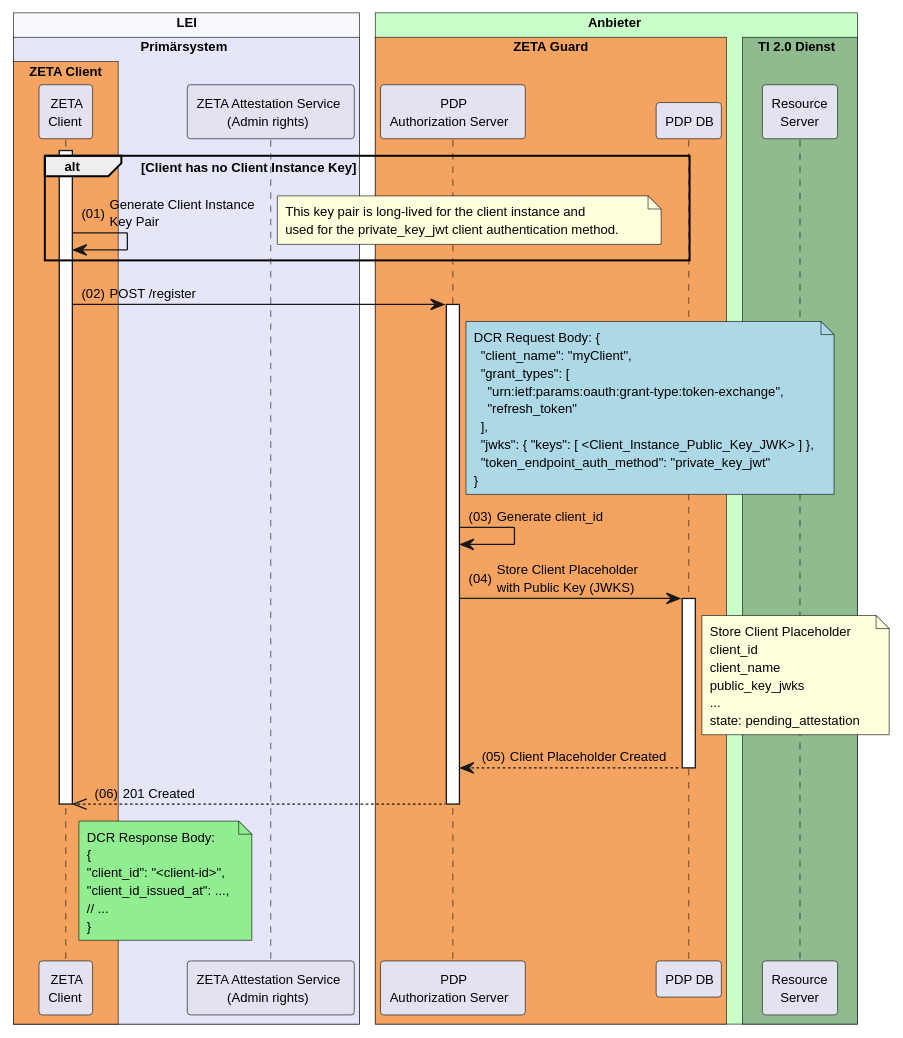
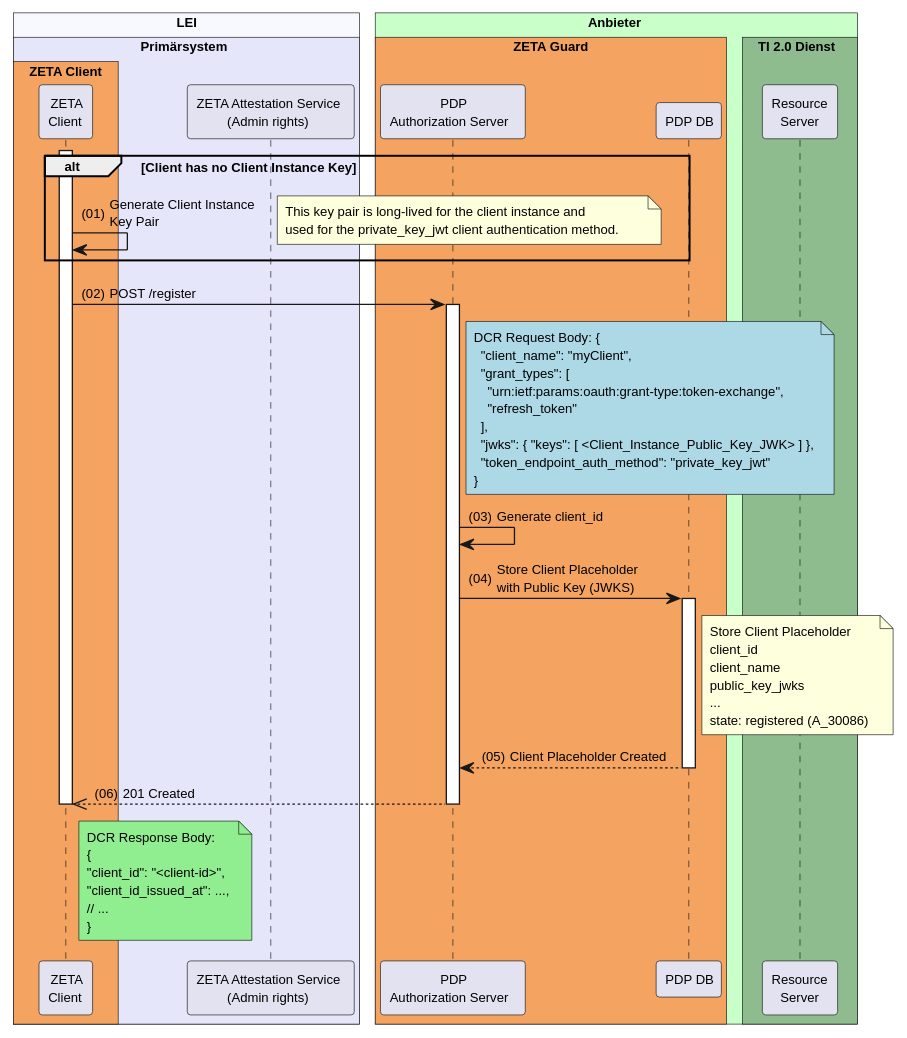
One commit to gematik/zeta changed the diagram in src/plantuml/tmp/tpm-attestation-and-token-exchange/dynamic-client-registration.puml. Above: the diagram before and after it, drawn with PlantUML. The commit also changed 12 other files, not shown here.

Commit message:
fix: Update registration status terminology and schema compliance across documentation and response formats

```diff
--- a/src/plantuml/tmp/tpm-attestation-and-token-exchange/dynamic-client-registration.puml
+++ b/src/plantuml/tmp/tpm-attestation-and-token-exchange/dynamic-client-registration.puml
@@ -1,73 +1,73 @@
 @startuml "dynamic-client-registration"
 autonumber "(00)"
 skinparam defaultFontSize 10
 skinparam defaultFontName Helvetica
 skinparam DefaultMonospacedFontName Courier
 skinparam lengthAdjust none
 skinparam sequenceReferenceBackgroundColor White
 skinparam SequenceReferenceFontSize 12
 /'skinparam SequenceReferenceFontStyle bold
 '/
 
 !pragma teoz true
 
 box "LEI" #GhostWhite
   box "Primärsystem" #Lavender
     box "ZETA Client" #SandyBrown
       participant Client as "ZETA\nClient"
     end box
     participant ZAS as "ZETA Attestation Service\n(Admin rights)"
   end box
 end box
 
 box "Anbieter" #TECHNOLOGY
   box "ZETA Guard" #SandyBrown
     participant AuthS as "PDP\nAuthorization Server"
     participant PDPDB as "PDP DB"
   end box
     box TI 2.0 Dienst #DarkSeaGreen
       participant RS as "Resource\nServer"
     end box
 end box
 
 Client ++
 
 alt Client has no Client Instance Key
   Client -> Client : Generate Client Instance\nKey Pair
   note right: This key pair is long-lived for the client instance and\nused for the private_key_jwt client authentication method.
 end alt
 
 Client -> AuthS ++ : POST /register
 note right of AuthS #lightblue
 DCR Request Body: {
   "client_name": "myClient",
   "grant_types": [
     "urn:ietf:params:oauth:grant-type:token-exchange",
     "refresh_token"
   ],
   "jwks": { "keys": [ <Client_Instance_Public_Key_JWK> ] },
   "token_endpoint_auth_method": "private_key_jwt"
 }
 end note
 AuthS -> AuthS : Generate client_id
 AuthS -> PDPDB ++: Store Client Placeholder\nwith Public Key (JWKS)
 note right of PDPDB
 Store Client Placeholder
 client_id
 client_name
 public_key_jwks
 ...
-state: pending_attestation
+state: registered (A_30086)
 end note
 PDPDB --> AuthS --: Client Placeholder Created
 AuthS -->> Client --: 201 Created
 note right of Client #lightgreen
 DCR Response Body:
 {
 "client_id": "<client-id>",
 "client_id_issued_at": ...,
 // ...
 }
 end note
 Client --
 @enduml
```
